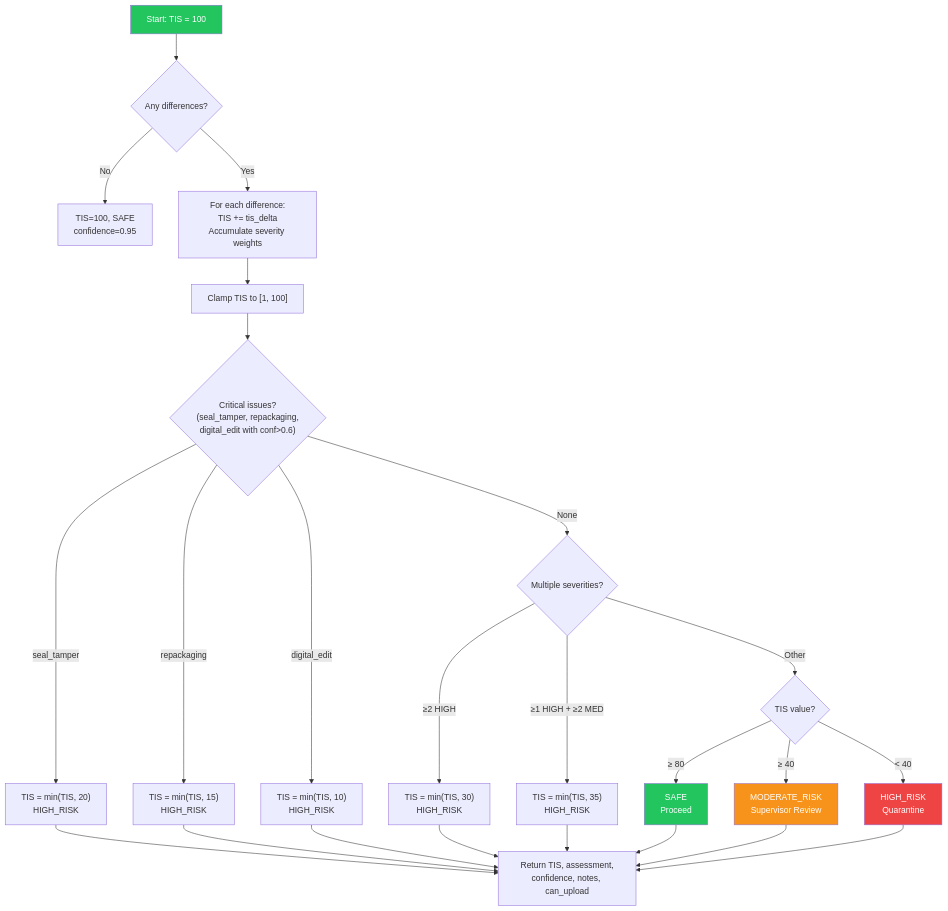
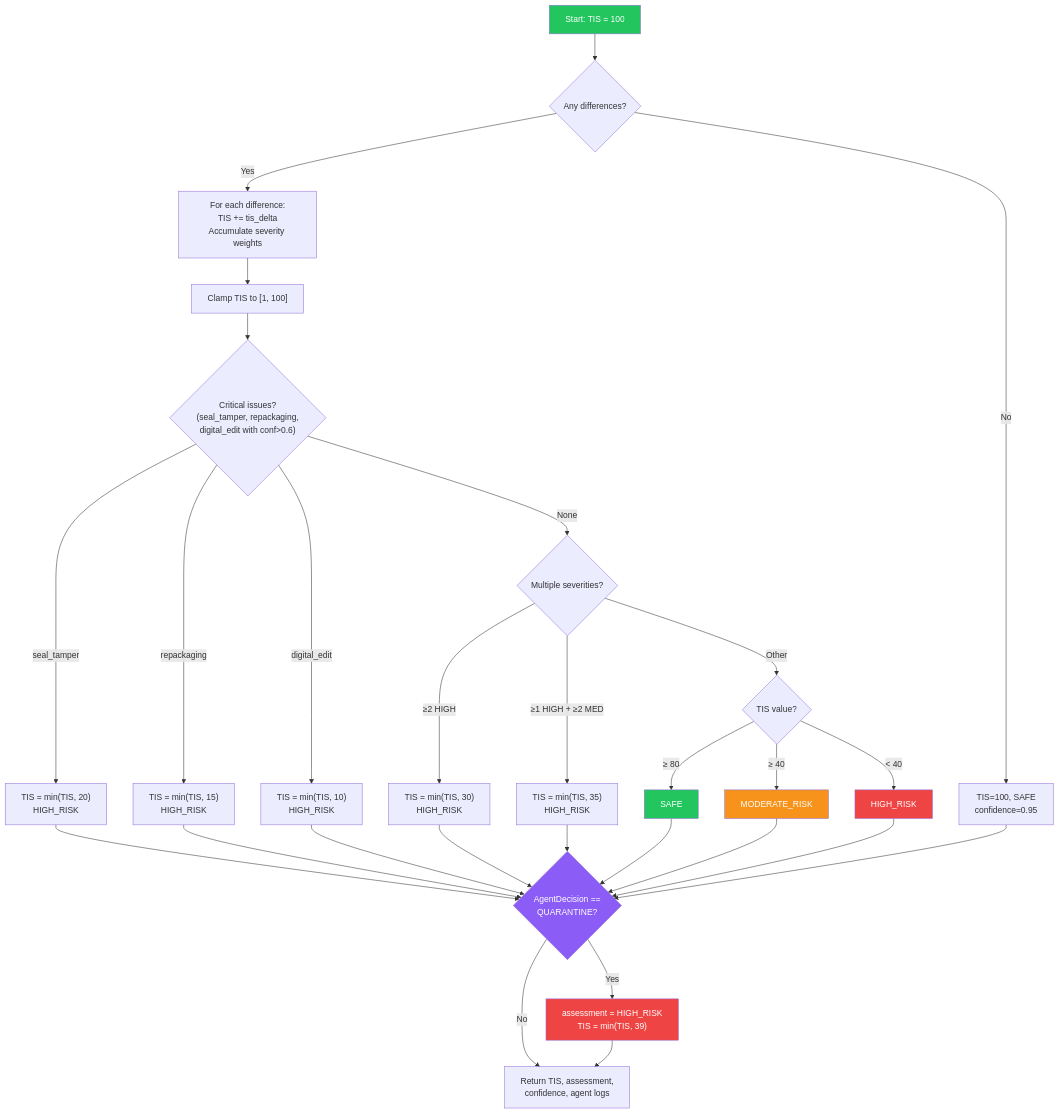
One commit to jmt-genius/boxity changed the sixth of 8 diagrams in METHODOLOGY.md. Above: the diagram before and after it, drawn with Mermaid. The commit also changed other lines of this file, not shown here.

````diff
--- a/METHODOLOGY.md
+++ b/METHODOLOGY.md
@@ -377,32 +376,40 @@
 ```mermaid
 flowchart TD
     START["Start: TIS = 100"] --> CHECK{"Any differences?"}
     CHECK -->|"No"| SAFE["TIS=100, SAFE<br/>confidence=0.95"]
     CHECK -->|"Yes"| LOOP["For each difference:<br/>TIS += tis_delta<br/>Accumulate severity weights"]
     LOOP --> CLAMP["Clamp TIS to [1, 100]"]
     CLAMP --> CRIT{"Critical issues?<br/>(seal_tamper, repackaging,<br/>digital_edit with conf>0.6)"}
     CRIT -->|"seal_tamper"| CAP20["TIS = min(TIS, 20)<br/>HIGH_RISK"]
     CRIT -->|"repackaging"| CAP15["TIS = min(TIS, 15)<br/>HIGH_RISK"]
     CRIT -->|"digital_edit"| CAP10["TIS = min(TIS, 10)<br/>HIGH_RISK"]
     CRIT -->|"None"| MULTI{"Multiple severities?"}
     MULTI -->|"≥2 HIGH"| CAP30["TIS = min(TIS, 30)<br/>HIGH_RISK"]
     MULTI -->|"≥1 HIGH + ≥2 MED"| CAP35["TIS = min(TIS, 35)<br/>HIGH_RISK"]
     MULTI -->|"Other"| ASSESS{"TIS value?"}
-    ASSESS -->|"≥ 80"| RESULT_SAFE["SAFE<br/>Proceed"]
-    ASSESS -->|"≥ 40"| RESULT_MOD["MODERATE_RISK<br/>Supervisor Review"]
-    ASSESS -->|"< 40"| RESULT_HIGH["HIGH_RISK<br/>Quarantine"]
+    ASSESS -->|"≥ 80"| RESULT_SAFE["SAFE"]
+    ASSESS -->|"≥ 40"| RESULT_MOD["MODERATE_RISK"]
+    ASSESS -->|"< 40"| RESULT_HIGH["HIGH_RISK"]
 
-    CAP20 --> FINAL["Return TIS, assessment,<br/>confidence, notes, can_upload"]
-    CAP15 --> FINAL
-    CAP10 --> FINAL
-    CAP30 --> FINAL
-    CAP35 --> FINAL
-    RESULT_SAFE --> FINAL
-    RESULT_MOD --> FINAL
-    RESULT_HIGH --> FINAL
+    CAP20 --> AGENT_OVR
+    CAP15 --> AGENT_OVR
+    CAP10 --> AGENT_OVR
+    CAP30 --> AGENT_OVR
+    CAP35 --> AGENT_OVR
+    RESULT_SAFE --> AGENT_OVR
+    RESULT_MOD --> AGENT_OVR
+    RESULT_HIGH --> AGENT_OVR
+    SAFE --> AGENT_OVR
+    
+    AGENT_OVR{"AgentDecision ==<br/>QUARANTINE?"}
+    AGENT_OVR -->|"Yes"| FORCE_QUAR["assessment = HIGH_RISK<br/>TIS = min(TIS, 39)"]
+    AGENT_OVR -->|"No"| FINAL["Return TIS, assessment,<br/>confidence, agent logs"]
+    FORCE_QUAR --> FINAL
 
     style START fill:#22C55E,color:#fff
     style RESULT_SAFE fill:#22C55E,color:#fff
     style RESULT_MOD fill:#F7931A,color:#fff
     style RESULT_HIGH fill:#EF4444,color:#fff
+    style FORCE_QUAR fill:#EF4444,color:#fff
+    style AGENT_OVR fill:#8B5CF6,color:#fff
 ```
````
